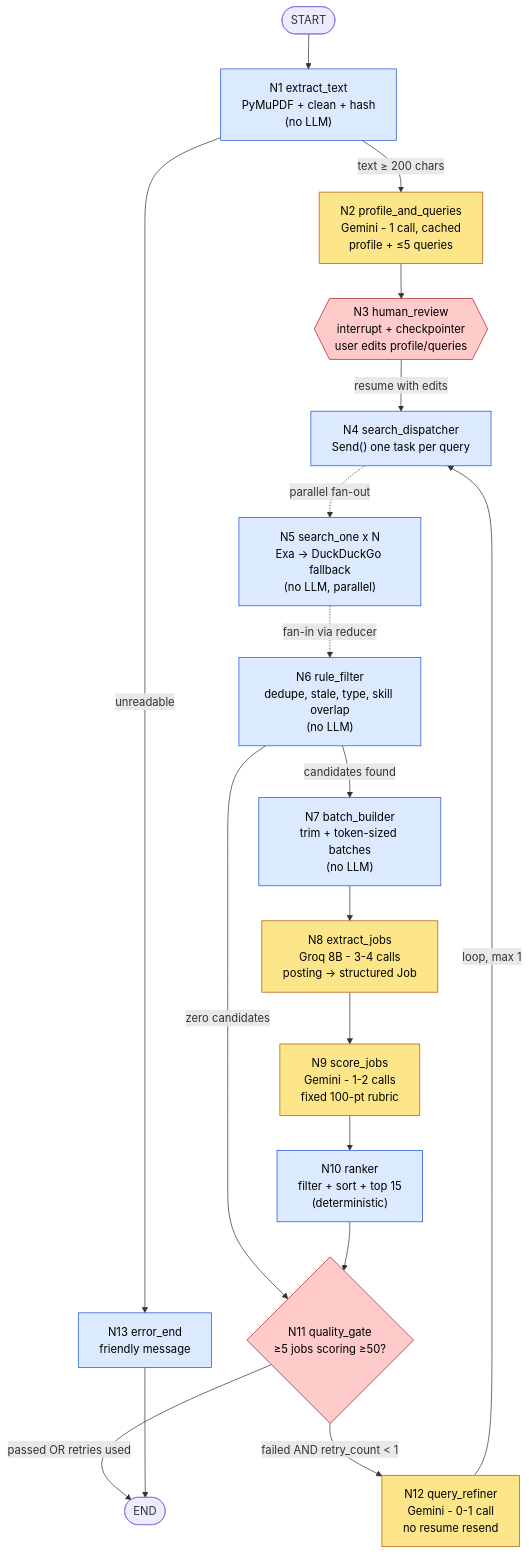
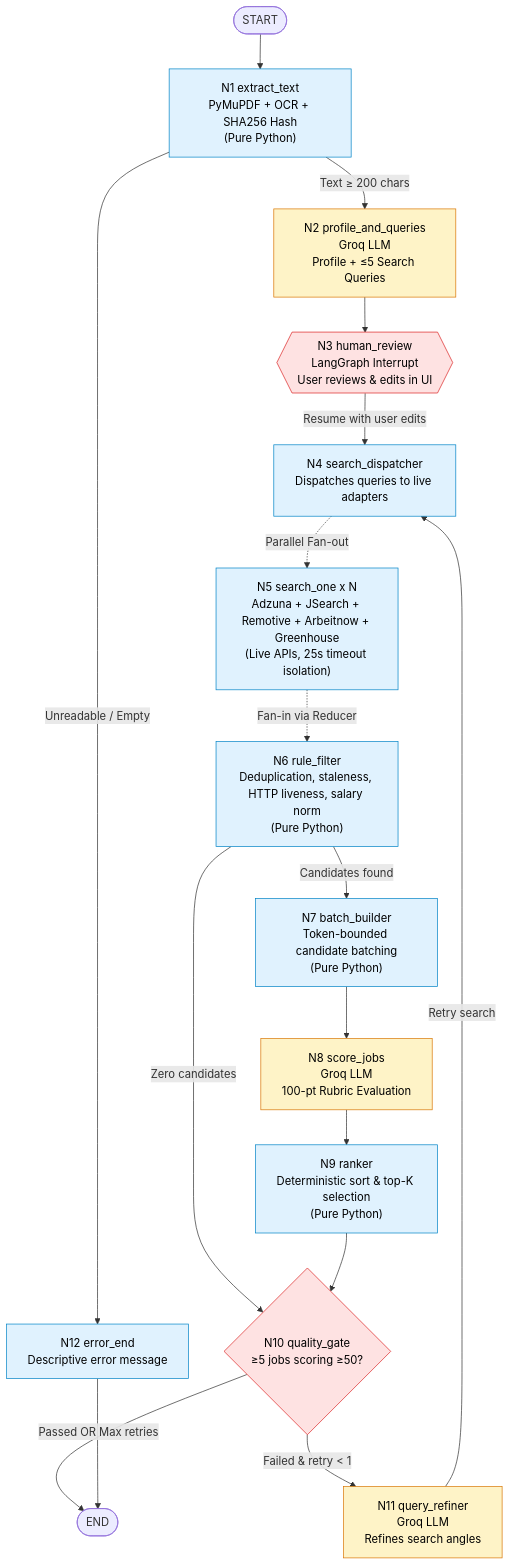
One commit to ganesh-gonuguntla/Job-Scraper---An-AI-Agent changed the diagram in README.md. Above: the diagram before and after it, drawn with Mermaid. The commit also changed other lines of this file, not shown here.

````diff
--- a/README.md
+++ b/README.md
@@ -69,52 +67,49 @@
 ```mermaid
 flowchart TD
     START([START]) --> N1
 
-    N1["N1 extract_text<br/>PyMuPDF + clean + hash<br/>(no LLM)"]
-    N1 -->|"text ≥ 200 chars"| N2
-    N1 -->|"unreadable"| N13
+    N1["N1 extract_text<br/>PyMuPDF + OCR + SHA256 Hash<br/>(Pure Python)"]
+    N1 -->|"Text ≥ 200 chars"| N2
+    N1 -->|"Unreadable / Empty"| N12
 
-    N2["N2 profile_and_queries<br/>Gemini - 1 call, cached<br/>profile + ≤5 queries"]
+    N2["N2 profile_and_queries<br/>Groq LLM<br/>Profile + ≤5 Search Queries"]
     N2 --> N3
 
-    N3{{"N3 human_review<br/>interrupt + checkpointer<br/>user edits profile/queries"}}
-    N3 -->|"resume with edits"| N4
+    N3{{"N3 human_review<br/>LangGraph Interrupt<br/>User reviews & edits in UI"}}
+    N3 -->|"Resume with user edits"| N4
 
-    N4["N4 search_dispatcher<br/>Send() one task per query"]
-    N4 -. "parallel fan-out" .-> N5
+    N4["N4 search_dispatcher<br/>Dispatches queries to live adapters"]
+    N4 -. "Parallel Fan-out" .-> N5
 
-    N5["N5 search_one x N<br/>Exa → DuckDuckGo fallback<br/>(no LLM, parallel)"]
-    N5 -. "fan-in via reducer" .-> N6
+    N5["N5 search_one x N<br/>Adzuna + JSearch + Remotive + Arbeitnow + Greenhouse<br/>(Live APIs, 25s timeout isolation)"]
+    N5 -. "Fan-in via Reducer" .-> N6
 
-    N6["N6 rule_filter<br/>dedupe, stale, type, skill overlap<br/>(no LLM)"]
-    N6 -->|"candidates found"| N7
-    N6 -->|"zero candidates"| N11
+    N6["N6 rule_filter<br/>Deduplication, staleness, HTTP liveness, salary norm<br/>(Pure Python)"]
+    N6 -->|"Candidates found"| N7
+    N6 -->|"Zero candidates"| N10
 
-    N7["N7 batch_builder<br/>trim + token-sized batches<br/>(no LLM)"]
+    N7["N7 batch_builder<br/>Token-bounded candidate batching<br/>(Pure Python)"]
     N7 --> N8
 
-    N8["N8 extract_jobs<br/>Groq 8B - 3-4 calls<br/>posting → structured Job"]
+    N8["N8 score_jobs<br/>Groq LLM<br/>100-pt Rubric Evaluation"]
     N8 --> N9
 
-    N9["N9 score_jobs<br/>Gemini - 1-2 calls<br/>fixed 100-pt rubric"]
+    N9["N9 ranker<br/>Deterministic sort & top-K selection<br/>(Pure Python)"]
     N9 --> N10
 
-    N10["N10 ranker<br/>filter + sort + top 15<br/>(deterministic)"]
-    N10 --> N11
+    N10{"N10 quality_gate<br/>≥5 jobs scoring ≥50?"}
+    N10 -->|"Passed OR Max retries"| END([END])
+    N10 -->|"Failed & retry < 1"| N11
 
-    N11{"N11 quality_gate<br/>≥5 jobs scoring ≥50?"}
-    N11 -->|"passed OR retries used"| END([END])
-    N11 -->|"failed AND retry_count < 1"| N12
+    N11["N11 query_refiner<br/>Groq LLM<br/>Refines search angles"]
+    N11 -->|"Retry search"| N4
 
-    N12["N12 query_refiner<br/>Gemini - 0-1 call<br/>no resume resend"]
-    N12 -->|"loop, max 1"| N4
+    N12["N12 error_end<br/>Descriptive error message"] --> END
 
-    N13["N13 error_end<br/>friendly message"] --> END
-
-    classDef llm fill:#fde68a,stroke:#b45309,color:#000
-    classDef code fill:#dbeafe,stroke:#1d4ed8,color:#000
-    classDef gate fill:#fecaca,stroke:#b91c1c,color:#000
-    class N2,N8,N9,N12 llm
-    class N1,N4,N5,N6,N7,N10,N13 code
-    class N3,N11 gate
+    classDef llm fill:#fef3c7,stroke:#d97706,color:#000
+    classDef code fill:#e0f2fe,stroke:#0284c7,color:#000
+    classDef gate fill:#fee2e2,stroke:#dc2626,color:#000
+    class N2,N8,N11 llm
+    class N1,N4,N5,N6,N7,N9,N12 code
+    class N3,N10 gate
 ```
````
